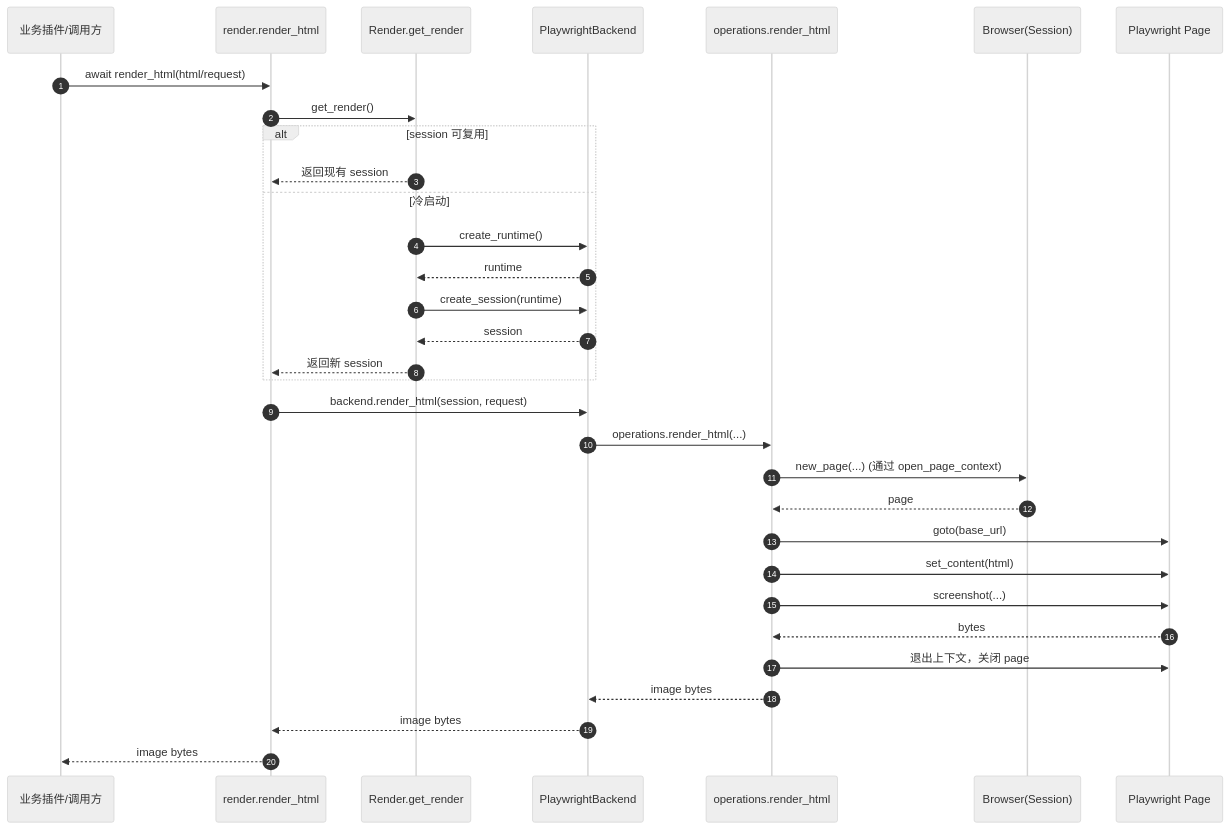
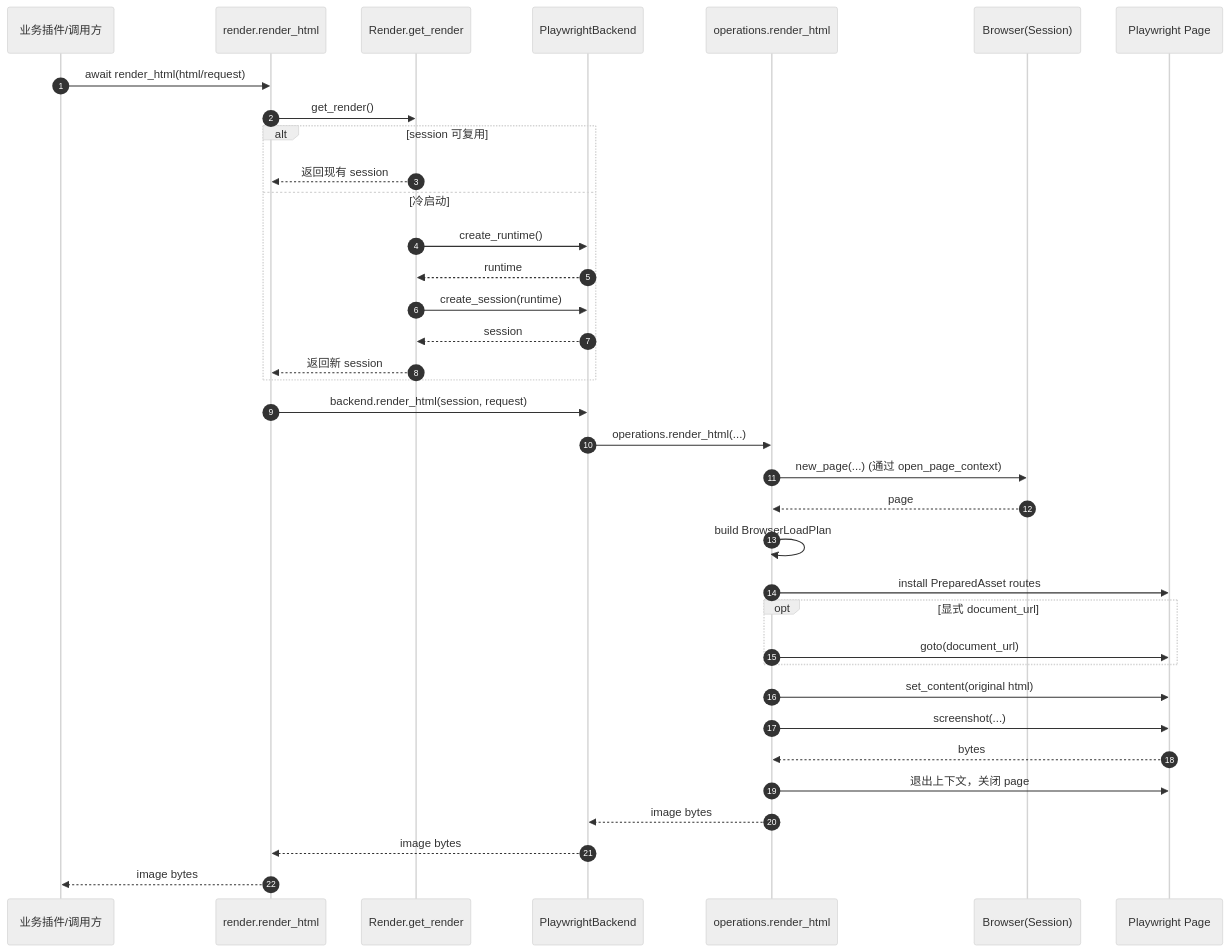
Before and after one commit to kexue-z/nonebot-plugin-htmlrender: the second of 3 diagrams in docs/maintainers/architecture/architecture.md, drawn with Mermaid (neutral theme). The commit also changed other lines of this file and 25 other files, not shown here.

````diff
--- a/docs/maintainers/architecture/architecture.md
+++ b/docs/maintainers/architecture/architecture.md
@@ -61,35 +67,39 @@
 ```mermaid
 sequenceDiagram
     autonumber
     participant Caller as 业务插件/调用方
     participant API as render.render_html
     participant Render as Render.get_render
     participant Backend as PlaywrightBackend
     participant Ops as operations.render_html
     participant Browser as Browser(Session)
     participant Page as Playwright Page
 
     Caller->>API: await render_html(html/request)
     API->>Render: get_render()
     alt session 可复用
         Render-->>API: 返回现有 session
     else 冷启动
         Render->>Backend: create_runtime()
         Backend-->>Render: runtime
         Render->>Backend: create_session(runtime)
         Backend-->>Render: session
         Render-->>API: 返回新 session
     end
     API->>Backend: backend.render_html(session, request)
     Backend->>Ops: operations.render_html(...)
     Ops->>Browser: new_page(...) (通过 open_page_context)
     Browser-->>Ops: page
-    Ops->>Page: goto(base_url)
-    Ops->>Page: set_content(html)
+    Ops->>Ops: build BrowserLoadPlan
+    Ops->>Page: install PreparedAsset routes
+    opt 显式 document_url
+        Ops->>Page: goto(document_url)
+    end
+    Ops->>Page: set_content(original html)
     Ops->>Page: screenshot(...)
     Page-->>Ops: bytes
     Ops->>Page: 退出上下文，关闭 page
     Ops-->>Backend: image bytes
     Backend-->>API: image bytes
     API-->>Caller: image bytes
 ```
````
